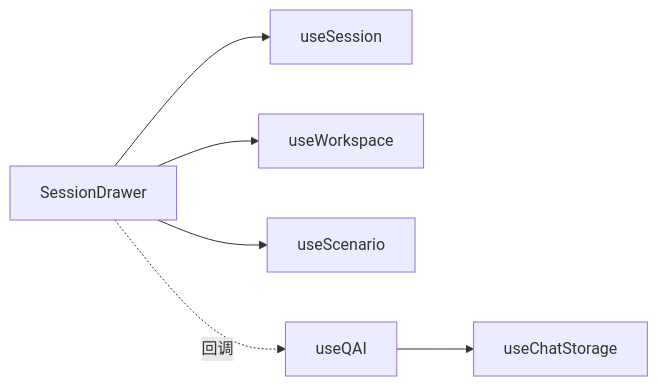
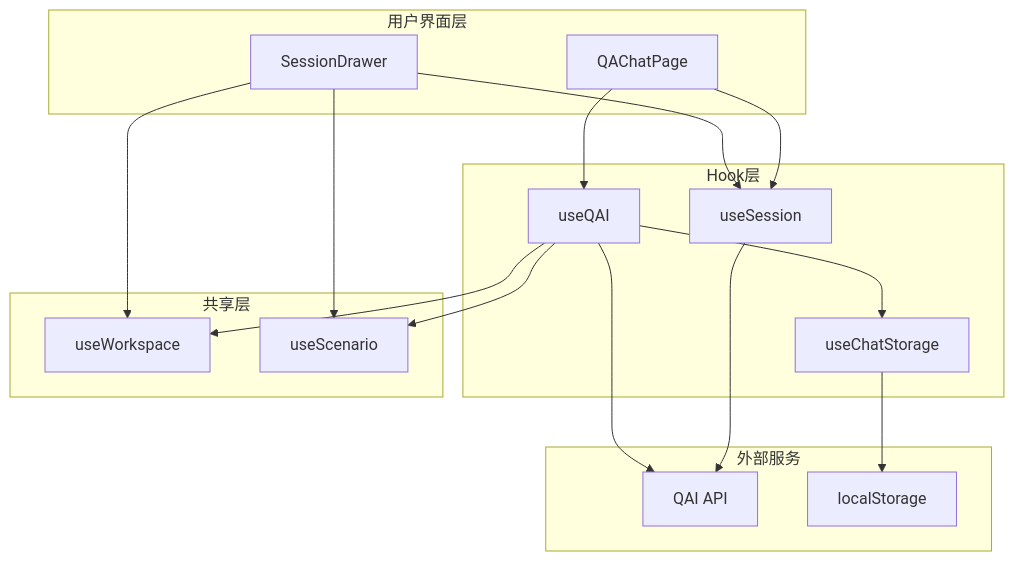
One commit to inier/ontology-graphiti changed the eighth of 8 diagrams in .qoder/repowiki/zh/content/前端架构/业务模块前端实现/QA模块.md. Above: the diagram before and after it, drawn with Mermaid. The commit also changed other lines of this file and 8 other files, not shown here.

````diff
--- a/.qoder/repowiki/zh/content/前端架构/业务模块前端实现/QA模块.md
+++ b/.qoder/repowiki/zh/content/前端架构/业务模块前端实现/QA模块.md
@@ -284,8 +372,31 @@
 ```mermaid
-graph LR
-SD["SessionDrawer"] --> US["useSession"]
-SD --> UW["useWorkspace"]
-SD --> USC["useScenario"]
-UQAI["useQAI"] --> UCS["useChatStorage"]
-SD -.回调.-> UQAI
+graph TB
+subgraph "用户界面层"
+QP["QAChatPage"]
+SD["SessionDrawer"]
+end
+subgraph "Hook层"
+US["useSession"]
+UQAI["useQAI"]
+UCS["useChatStorage"]
+end
+subgraph "共享层"
+UW["useWorkspace"]
+USC["useScenario"]
+end
+subgraph "外部服务"
+API["QAI API"]
+LS["localStorage"]
+end
+QP --> US
+QP --> UQAI
+SD --> US
+SD --> UW
+SD --> USC
+UQAI --> UCS
+UQAI --> UW
+UQAI --> USC
+US --> API
+UQAI --> API
+UCS --> LS
 ```
````
